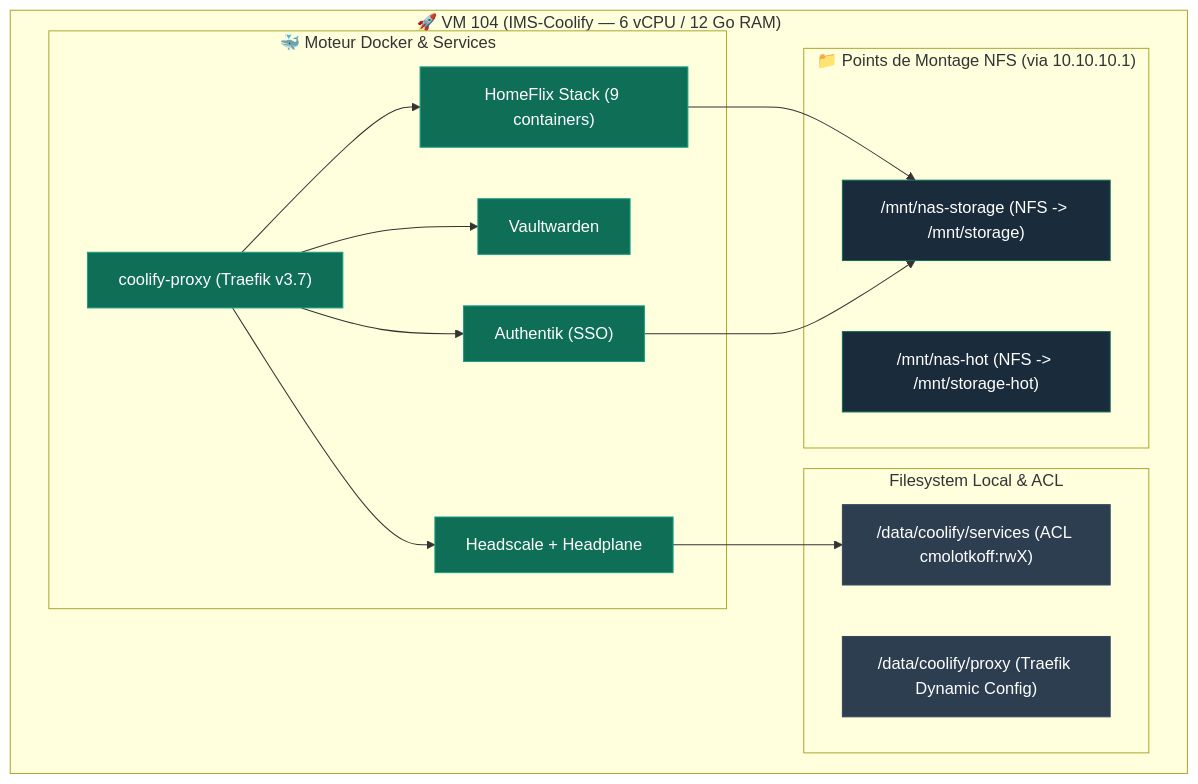
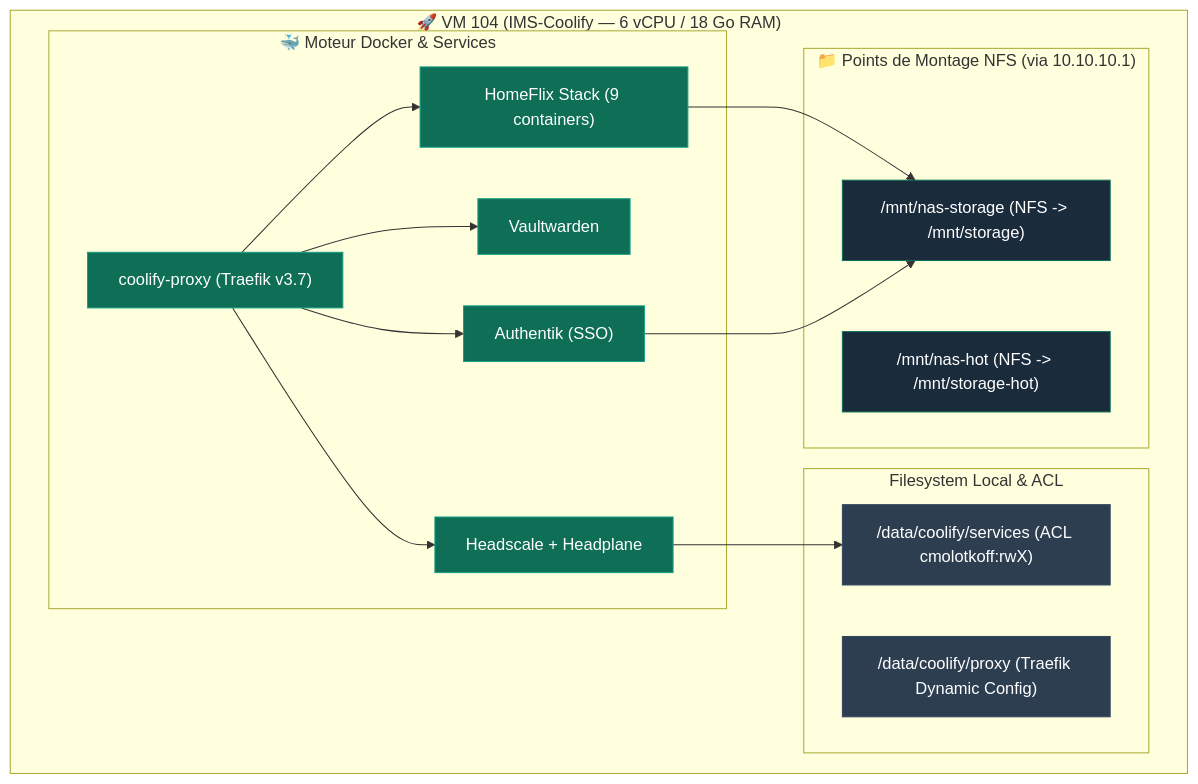
Before and after one commit to ims-world/docs: the diagram in infrastructure/vm-coolify.md, drawn with Mermaid. The commit also changed other lines of this file, not shown here.

Commit message:
fix(docs): correction de la fiche vm-coolify.md (mise a jour RAM 18 Go, correction des expressions dans les tableaux et retrait des notes historiques cloud-init)

````diff
--- a/infrastructure/vm-coolify.md
+++ b/infrastructure/vm-coolify.md
@@ -38,38 +32,38 @@
 ```mermaid
 graph TD
-    subgraph VM ["🚀 VM 104 (IMS-Coolify — 6 vCPU / 12 Go RAM)"]
+    subgraph VM ["🚀 VM 104 (IMS-Coolify — 6 vCPU / 18 Go RAM)"]
         subgraph FS ["Filesystem Local & ACL"]
             DATA["/data/coolify/services (ACL cmolotkoff:rwX)"]
             PROXY_CFG["/data/coolify/proxy (Traefik Dynamic Config)"]
         end
 
         subgraph DOCKER ["🐳 Moteur Docker & Services"]
             TRAEFIK["coolify-proxy (Traefik v3.7)"]
             AUTH["Authentik (SSO)"]
             VAULT["Vaultwarden"]
             HOMEFLIX["HomeFlix Stack (9 containers)"]
             HEADSCALE["Headscale + Headplane"]
         end
 
         subgraph NFS_MNT ["📁 Points de Montage NFS (via 10.10.10.1)"]
             MNT_STOR["/mnt/nas-storage (NFS -> /mnt/storage)"]
             MNT_HOT["/mnt/nas-hot (NFS -> /mnt/storage-hot)"]
         end
     end
 
     TRAEFIK --> AUTH
     TRAEFIK --> VAULT
     TRAEFIK --> HOMEFLIX
     TRAEFIK --> HEADSCALE
 
     HOMEFLIX --> MNT_STOR
     AUTH --> MNT_STOR
     HEADSCALE --> DATA
 
     classDef vm fill:#2c3e50,stroke:#34495e,color:#fff;
     classDef docker fill:#0F6E56,stroke:#16A085,color:#fff;
     classDef nfs fill:#1a2b3c,stroke:#0F6E56,color:#fff;
     class DATA,PROXY_CFG vm;
     class TRAEFIK,AUTH,VAULT,HOMEFLIX,HEADSCALE docker;
     class MNT_STOR,MNT_HOT nfs;
 ```
````
